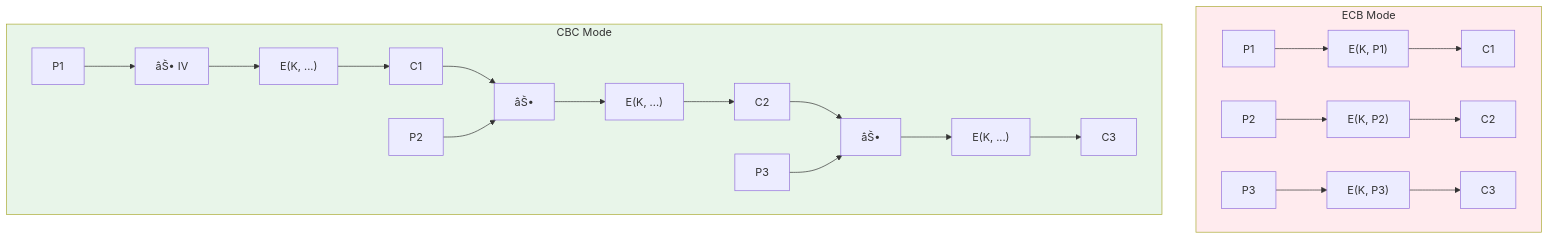
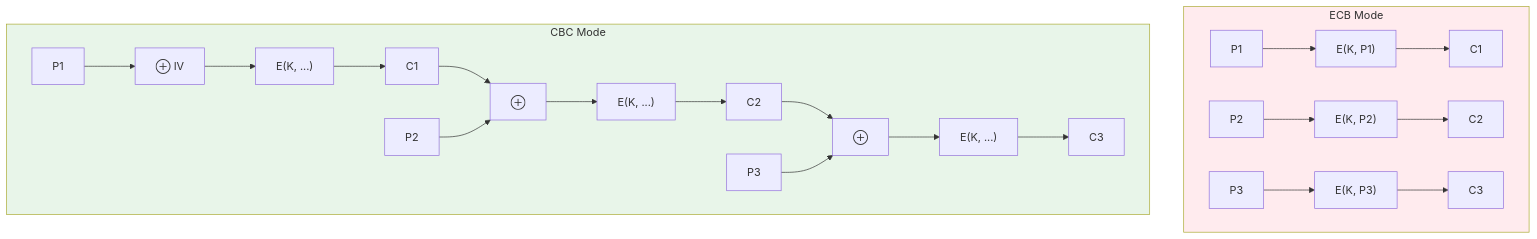
One commit to Raushan666java/ai-engineering-journey changed the third of 6 diagrams in docs/courses/information-security/01-cryptography-fundamentals.md. Above: the diagram before and after it, drawn with Mermaid. The commit also changed other lines of this file and 965 other files, not shown here.

````diff
--- a/docs/courses/information-security/01-cryptography-fundamentals.md
+++ b/docs/courses/information-security/01-cryptography-fundamentals.md
@@ -278,17 +278,17 @@
 ```mermaid
 flowchart TD
     subgraph ECB_Mode[ECB Mode]
         P1["P1"] --> E1["E(K, P1)"] --> C1["C1"]
         P2["P2"] --> E2["E(K, P2)"] --> C2["C2"]
         P3["P3"] --> E3["E(K, P3)"] --> C3["C3"]
     end
     subgraph CBC_Mode[CBC Mode]
-        P1b["P1"] --> X1["âŠ• IV"] --> E1b["E(K, ...)"] --> C1b["C1"]
-        C1b --> X2["âŠ•"] 
+        P1b["P1"] --> X1["⊕ IV"] --> E1b["E(K, ...)"] --> C1b["C1"]
+        C1b --> X2["⊕"] 
         P2b["P2"] --> X2 --> E2b["E(K, ...)"] --> C2b["C2"]
-        C2b --> X3["âŠ•"]
+        C2b --> X3["⊕"]
         P3b["P3"] --> X3 --> E3b["E(K, ...)"] --> C3b["C3"]
     end
     style ECB_Mode fill:#ffebee
     style CBC_Mode fill:#e8f5e9
 ```
````
